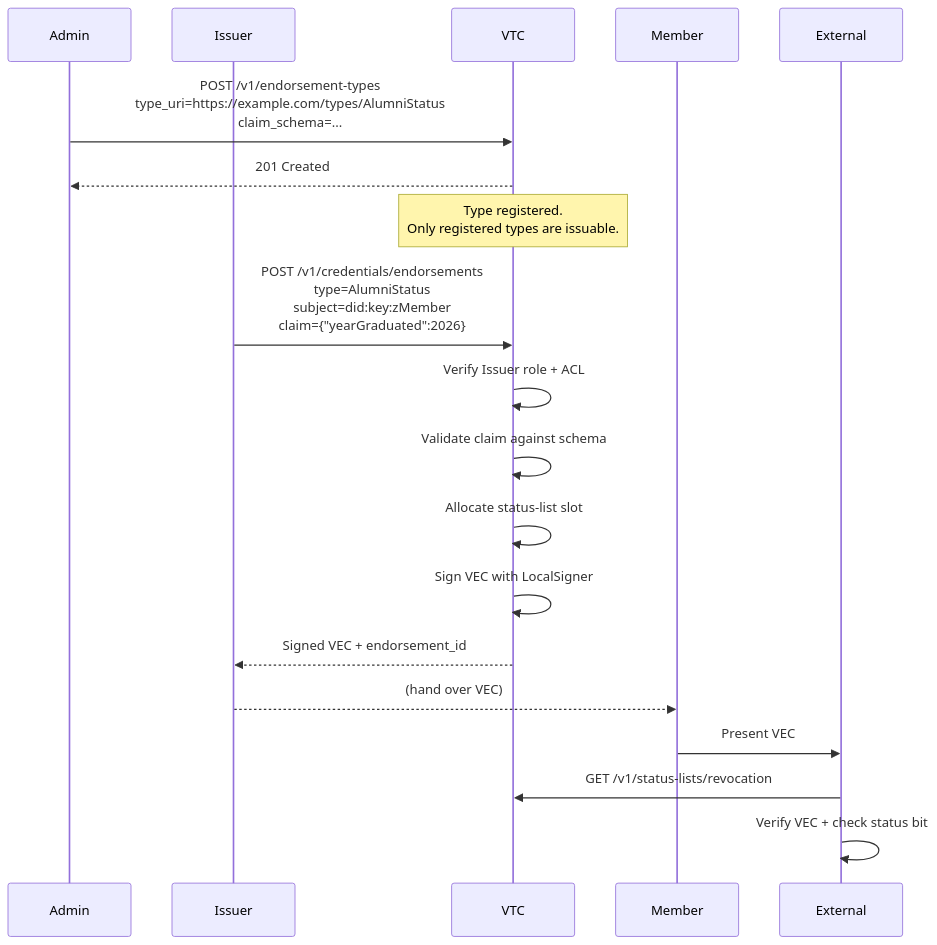
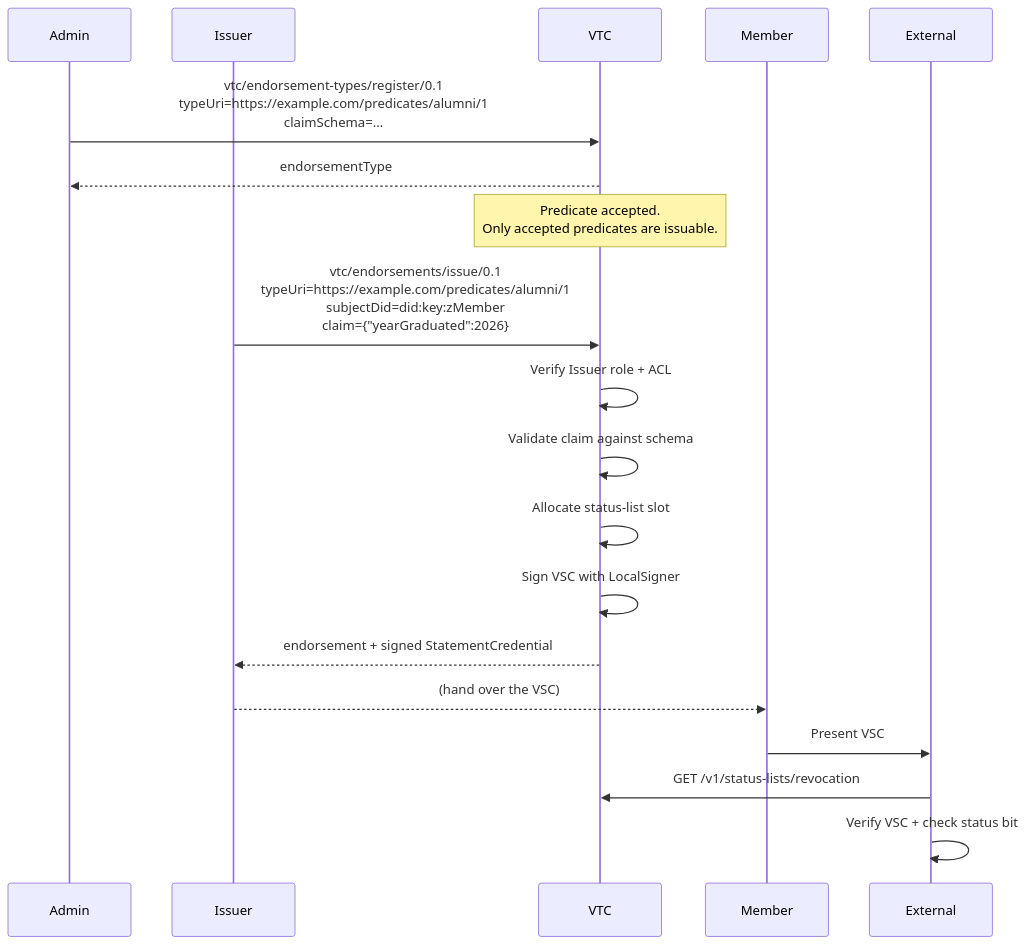
The third of 3 diagrams in docs/03-vtc/credentials.md (OpenVTC/verifiable-trust-infrastructure), drawn with Mermaid before and after one commit. The commit also changed other lines of this file and 46 other files, not shown here.

````diff
--- a/docs/03-vtc/credentials.md
+++ b/docs/03-vtc/credentials.md
@@ -146,22 +191,22 @@
 ```mermaid
 sequenceDiagram
     participant Admin
     participant Issuer
     participant VTC
     participant Member
 
-    Admin->>VTC: POST /v1/endorsement-types<br/>type_uri=https://example.com/types/AlumniStatus<br/>claim_schema=...
-    VTC-->>Admin: 201 Created
-    Note over VTC: Type registered.<br/>Only registered types are issuable.
+    Admin->>VTC: vtc/endorsement-types/register/0.1<br/>typeUri=https://example.com/predicates/alumni/1<br/>claimSchema=...
+    VTC-->>Admin: endorsementType
+    Note over VTC: Predicate accepted.<br/>Only accepted predicates are issuable.
 
-    Issuer->>VTC: POST /v1/credentials/endorsements<br/>type=AlumniStatus<br/>subject=did:key:zMember<br/>claim={"yearGraduated":2026}
+    Issuer->>VTC: vtc/endorsements/issue/0.1<br/>typeUri=https://example.com/predicates/alumni/1<br/>subjectDid=did:key:zMember<br/>claim={"yearGraduated":2026}
     VTC->>VTC: Verify Issuer role + ACL
     VTC->>VTC: Validate claim against schema
     VTC->>VTC: Allocate status-list slot
-    VTC->>VTC: Sign VEC with LocalSigner
-    VTC-->>Issuer: Signed VEC + endorsement_id
-    Issuer-->>Member: (hand over VEC)
-    Member->>External: Present VEC
+    VTC->>VTC: Sign VSC with LocalSigner
+    VTC-->>Issuer: endorsement + signed StatementCredential
+    Issuer-->>Member: (hand over the VSC)
+    Member->>External: Present VSC
     External->>VTC: GET /v1/status-lists/revocation
-    External->>External: Verify VEC + check status bit
+    External->>External: Verify VSC + check status bit
 ```
````
